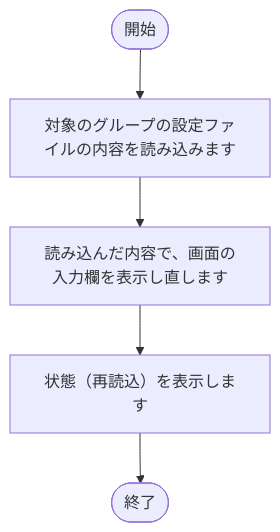
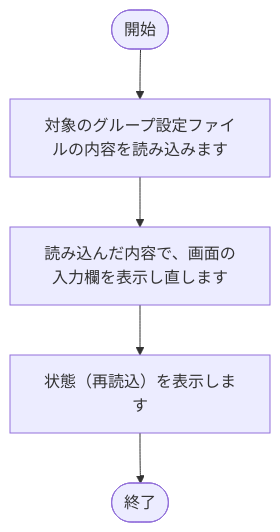
One commit to nishida2073/project_management changed diagram 15 of 25 in tool/kintone-aggregator/doc/02_設計/処理フロー.md. Above: the diagram before and after it, drawn with Mermaid. The commit also changed other lines of this file and 21 other files, not shown here.

````diff
--- a/tool/kintone-aggregator/doc/02_設計/処理フロー.md
+++ b/tool/kintone-aggregator/doc/02_設計/処理フロー.md
@@ -401,12 +401,12 @@
 ```mermaid
 flowchart TD
     S(["開始"])
     E(["終了"])
-    N1["対象のグループの設定ファイルの内容を読み込みます"]
+    N1["対象のグループ設定ファイルの内容を読み込みます"]
     S --> N1
     N2["読み込んだ内容で、画面の入力欄を表示し直します"]
     N1 --> N2
     N3["状態（再読込）を表示します"]
     N2 --> N3
     N3 --> E
 ```
````
